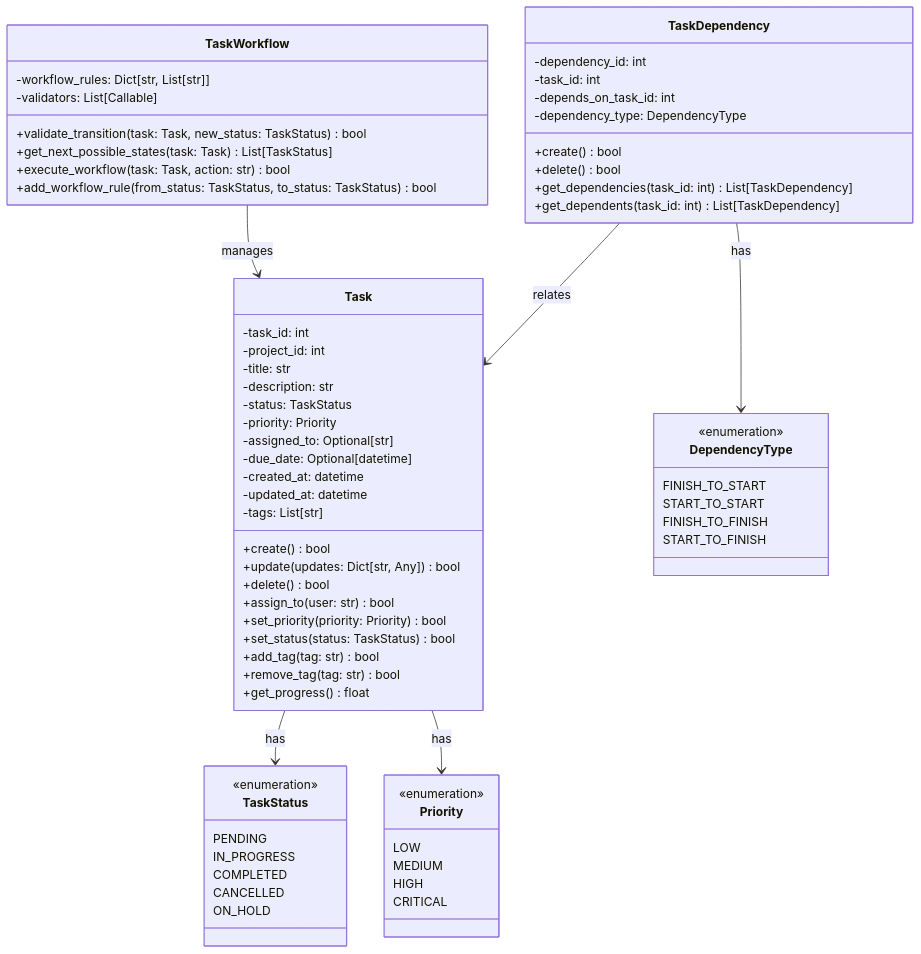
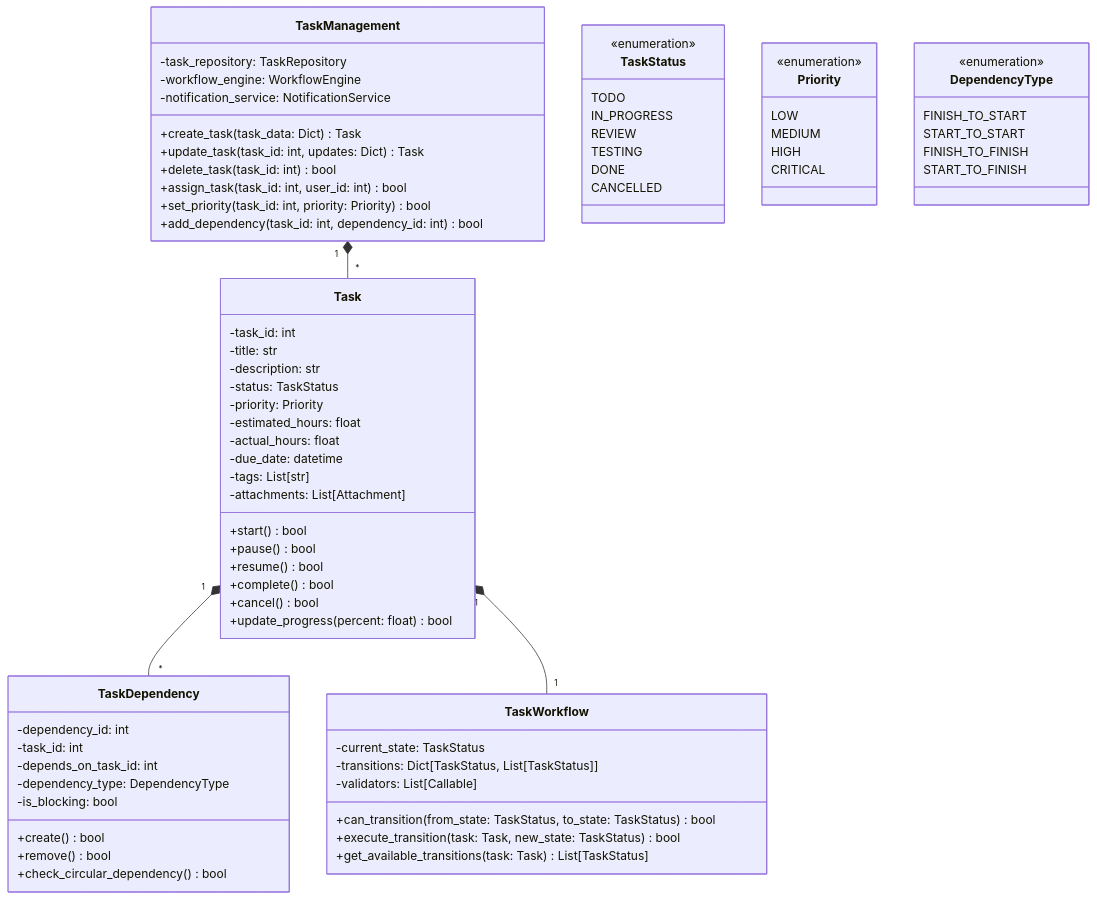
One commit to Shakour-Data/AutoProjectManagement changed the second of 7 diagrams in Docs/UML/Class_Diagrams/README.md. Above: the diagram before and after it, drawn with Mermaid. The commit also changed other lines of this file, not shown here.

Commit message:
📝 Update: Update Markdown doc Docs/UML/Class_Diagrams/README.md

````diff
--- a/Docs/UML/Class_Diagrams/README.md
+++ b/Docs/UML/Class_Diagrams/README.md
@@ -92,35 +116,44 @@
 ```mermaid
 classDiagram
+    class TaskManagement {
+        -task_repository: TaskRepository
+        -workflow_engine: WorkflowEngine
+        -notification_service: NotificationService
+        +create_task(task_data: Dict) Task
+        +update_task(task_id: int, updates: Dict) Task
+        +delete_task(task_id: int) bool
+        +assign_task(task_id: int, user_id: int) bool
+        +set_priority(task_id: int, priority: Priority) bool
+        +add_dependency(task_id: int, dependency_id: int) bool
+    }
+
     class Task {
         -task_id: int
-        -project_id: int
         -title: str
         -description: str
         -status: TaskStatus
         -priority: Priority
-        -assigned_to: Optional[str]
-        -due_date: Optional[datetime]
-        -created_at: datetime
-        -updated_at: datetime
+        -estimated_hours: float
+        -actual_hours: float
+        -due_date: datetime
         -tags: List[str]
-        +create() bool
-        +update(updates: Dict[str, Any]) bool
-        +delete() bool
-        +assign_to(user: str) bool
-        +set_priority(priority: Priority) bool
-        +set_status(status: TaskStatus) bool
-        +add_tag(tag: str) bool
-        +remove_tag(tag: str) bool
-        +get_progress() float
+        -attachments: List[Attachment]
+        +start() bool
+        +pause() bool
+        +resume() bool
+        +complete() bool
+        +cancel() bool
+        +update_progress(percent: float) bool
     }
 
     class TaskStatus {
         <<enumeration>>
-        PENDING
+        TODO
         IN_PROGRESS
-        COMPLETED
+        REVIEW
+        TESTING
+        DONE
         CANCELLED
-        ON_HOLD
     }
 
     class Priority {
@@ -132,12 +165,12 @@
     }
 
     class TaskWorkflow {
-        -workflow_rules: Dict[str, List[str]]
+        -current_state: TaskStatus
+        -transitions: Dict[TaskStatus, List[TaskStatus]]
         -validators: List[Callable]
-        +validate_transition(task: Task, new_status: TaskStatus) bool
-        +get_next_possible_states(task: Task) List[TaskStatus]
-        +execute_workflow(task: Task, action: str) bool
-        +add_workflow_rule(from_status: TaskStatus, to_status: TaskStatus) bool
+        +can_transition(from_state: TaskStatus, to_state: TaskStatus) bool
+        +execute_transition(task: Task, new_state: TaskStatus) bool
+        +get_available_transitions(task: Task) List[TaskStatus]
     }
 
     class TaskDependency {
@@ -145,10 +178,10 @@
         -task_id: int
         -depends_on_task_id: int
         -dependency_type: DependencyType
+        -is_blocking: bool
         +create() bool
-        +delete() bool
-        +get_dependencies(task_id: int) List[TaskDependency]
-        +get_dependents(task_id: int) List[TaskDependency]
+        +remove() bool
+        +check_circular_dependency() bool
     }
 
     class DependencyType {
@@ -159,9 +192,7 @@
         START_TO_FINISH
     }
 
-    Task --> TaskStatus : has
-    Task --> Priority : has
-    TaskWorkflow --> Task : manages
-    TaskDependency --> Task : relates
-    TaskDependency --> DependencyType : has
+    TaskManagement "1" *-- "*" Task
+    Task "1" *-- "*" TaskDependency
+    Task "1" *-- "1" TaskWorkflow
 ```
````
